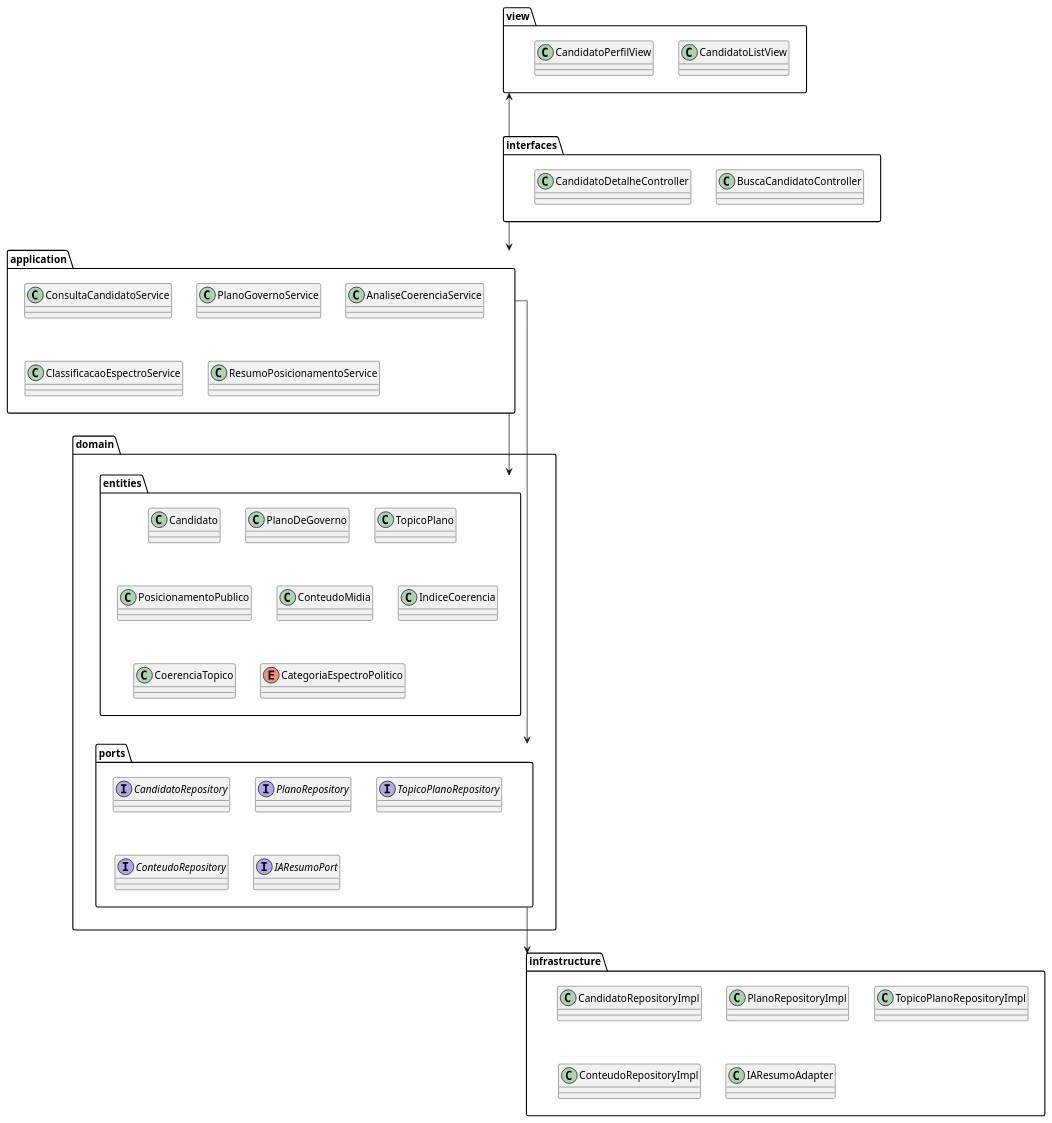
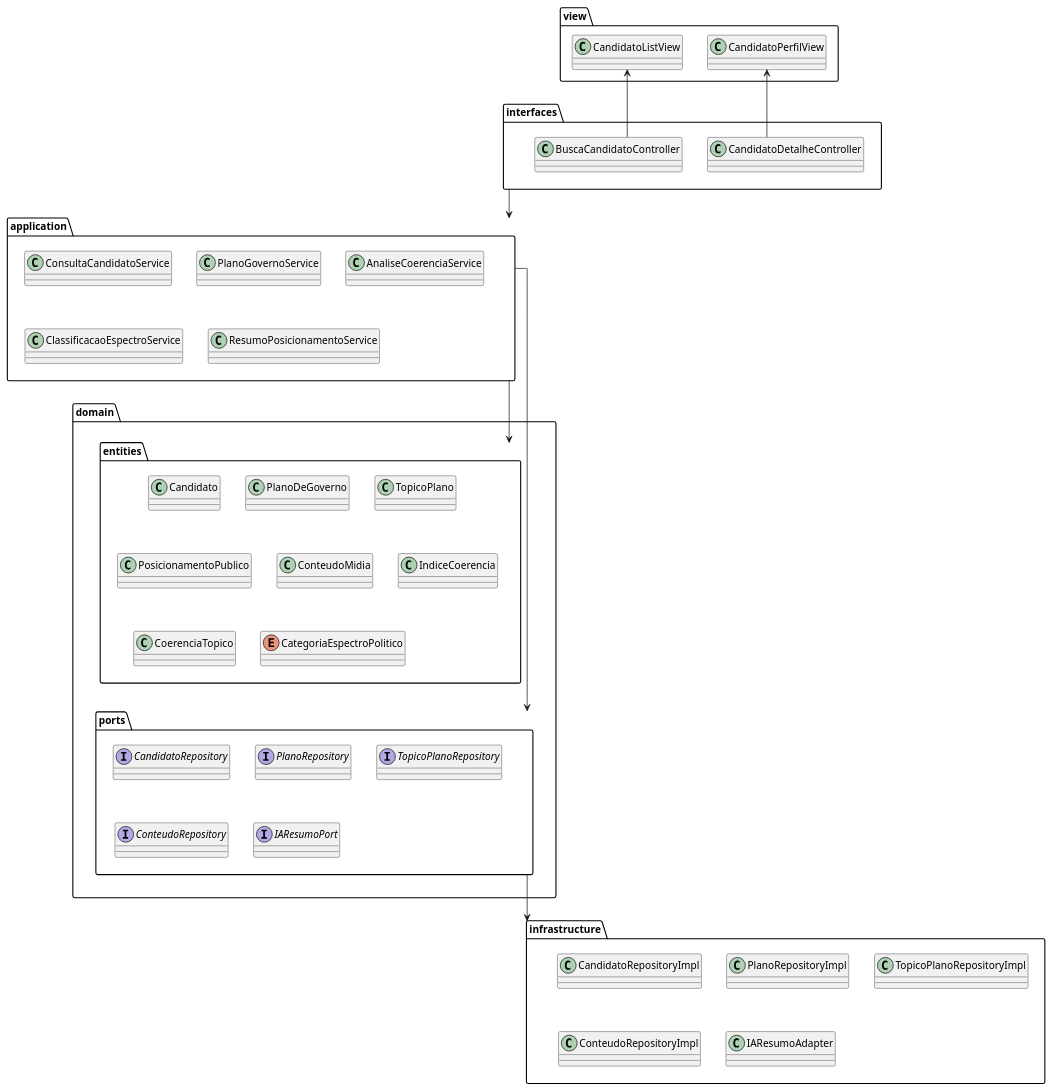
One commit to Nenhum-Grupo/ProjetoEngenharia changed the diagram in Documentação/04 - Implementação/Diagrama_Pacotes.md. Above: the diagram before and after it, drawn with PlantUML. The commit also changed other lines of this file, not shown here.

Commit message:
Revise package diagram and update dependencies
Updated package diagram with new images and dependencies.

````diff
--- a/Documentação/04 - Implementação/Diagrama_Pacotes.md
+++ b/Documentação/04 - Implementação/Diagrama_Pacotes.md
@@ -21,72 +21,74 @@
 ```plantuml
 @startuml
 
 
 skinparam linetype ortho
 top to bottom direction
 skinparam shadowing false
 
 package "view" {
  class CandidatoListView
  class CandidatoPerfilView
 }
 package "interfaces" {
 
   class BuscaCandidatoController
   class CandidatoDetalheController
 
 }
 
 package "application" {
 
   class ConsultaCandidatoService
   class PlanoGovernoService
   class AnaliseCoerenciaService
   class ClassificacaoEspectroService
   class ResumoPosicionamentoService
 
 }
 
 package "domain.entities" {
 
   class Candidato
   class PlanoDeGoverno
   class TopicoPlano
   class PosicionamentoPublico
   class ConteudoMidia
   class IndiceCoerencia
   class CoerenciaTopico
   enum CategoriaEspectroPolitico
 
 }
 
 package "domain.ports" {
 
   interface CandidatoRepository
   interface PlanoRepository
   interface TopicoPlanoRepository
   interface ConteudoRepository
   interface IAResumoPort
 
 }
 
 package "infrastructure" {
 
   class CandidatoRepositoryImpl
   class PlanoRepositoryImpl
   class TopicoPlanoRepositoryImpl
   class ConteudoRepositoryImpl
   class IAResumoAdapter
 
 }
 
+BuscaCandidatoController -up-> CandidatoListView
+CandidatoDetalheController -up-> CandidatoPerfilView
 ' Dependências entre pacotes
-interfaces -up--> view
+
 interfaces --> application
 application -down--> domain.entities
 domain.entities -[hidden]down---> domain.ports
 application --> domain.ports
 domain.ports -down--> infrastructure
 
 @enduml
 ```
````
